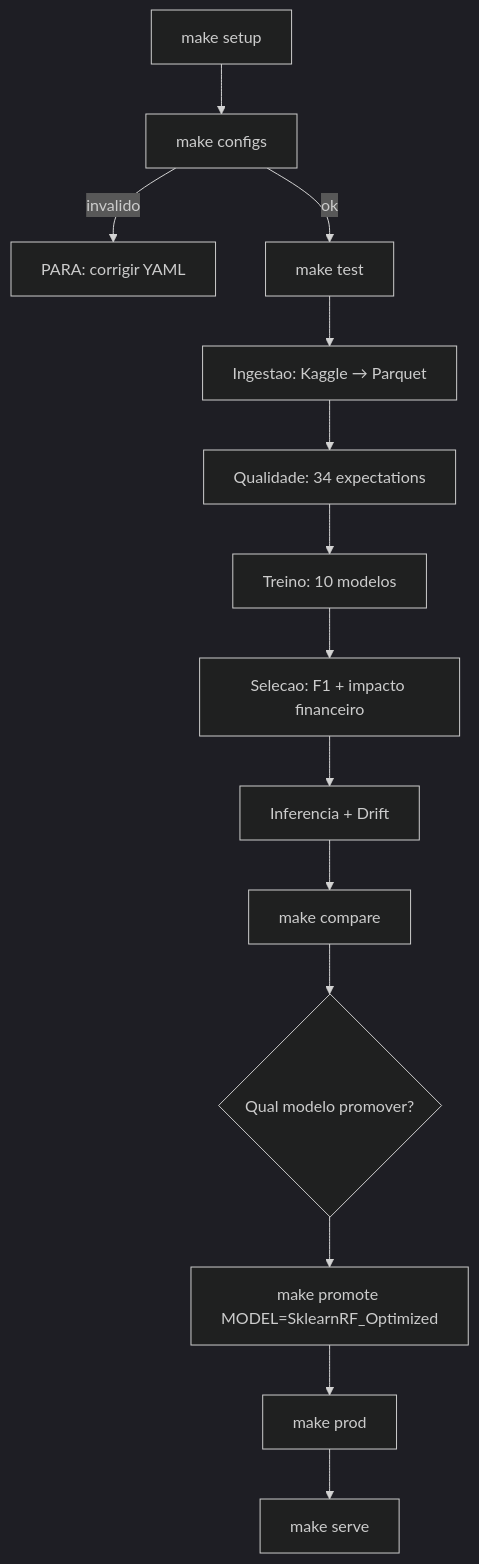
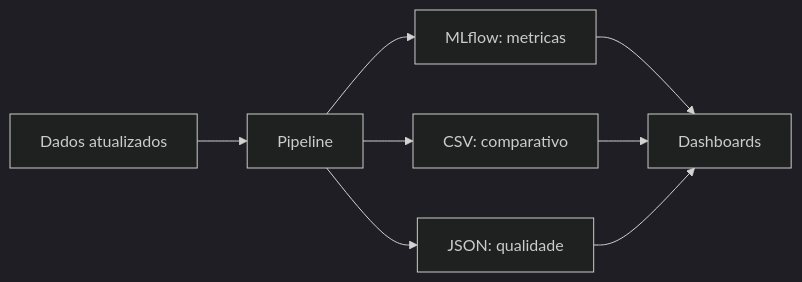
The first of 6 diagrams in relatorio_tecnico.md (lararli/ml-classificacao-b2), drawn with Mermaid (dark theme) before and after one commit. The commit also changed other lines of this file and 7 other files, not shown here.

````diff
--- a/relatorio_tecnico.md
+++ b/relatorio_tecnico.md
@@ -75,16 +208,10 @@
 ```mermaid
-flowchart TD
-    A[make setup] --> B[make configs]
-    B -->|invalido| B1[PARA: corrigir YAML]
-    B -->|ok| C[make test]
-    C --> C1[Ingestao: Kaggle → Parquet]
-    C1 --> C2[Qualidade: 34 expectations]
-    C2 --> C3[Treino: 10 modelos]
-    C3 --> C4[Selecao: F1 + impacto financeiro]
-    C4 --> C5[Inferencia + Drift]
-    C5 --> D[make compare]
-    D --> E{Qual modelo promover?}
-    E --> F[make promote MODEL=SklearnRF_Optimized]
-    F --> G[make prod]
-    G --> H[make serve]
+flowchart LR
+    A[Dados atualizados] --> B[Pipeline]
+    B --> C[MLflow: metricas]
+    B --> D[CSV: comparativo]
+    B --> E[JSON: qualidade]
+    C --> F[Dashboards]
+    D --> F
+    E --> F
 ```
````
